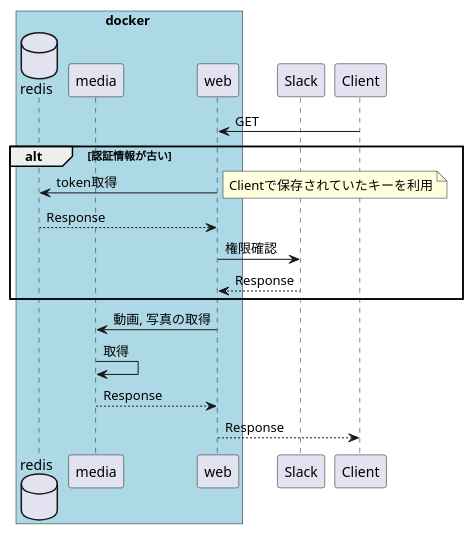
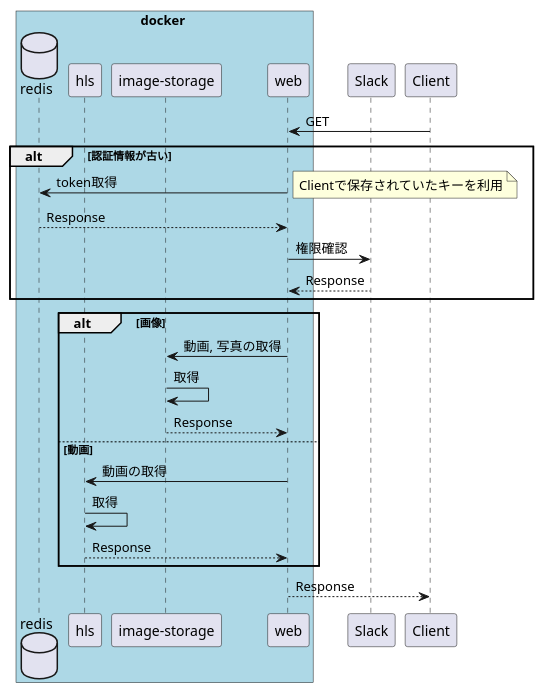
Before and after one commit to ilim0t/bushitsuchan-PC: the diagram in docs/sequence/web.pu, drawn with PlantUML. The commit also changed 5 other files, not shown here.

Commit message:
Update Sequence diagram

```diff
--- a/docs/sequence/web.pu
+++ b/docs/sequence/web.pu
@@ -1,29 +1,37 @@
 @startuml WEB
 
 box docker #LightBlue
 database redis
-participant media
+participant hls
+participant "image-storage"
 participant web
 end box
 
 participant Slack
 participant Client
 
 Client -> web : GET
 
 alt 認証情報が古い
 	web -> redis: token取得
 	note right: Clientで保存されていたキーを利用
 
 	redis --> web: Response
 	web -> Slack: 権限確認
 
 	Slack --> web: Response
 end
 
-web -> media: 動画, 写真の取得
-media -> media: 取得
-media --> web: Response
+alt 画像
+	web -> "image-storage": 動画, 写真の取得
+	"image-storage" -> "image-storage": 取得
+	"image-storage" --> web: Response
+else 動画
+	web -> hls: 動画の取得
+	hls -> hls: 取得
+	hls --> web: Response
+end
+
 
 web --> Client : Response
 @enduml
```
